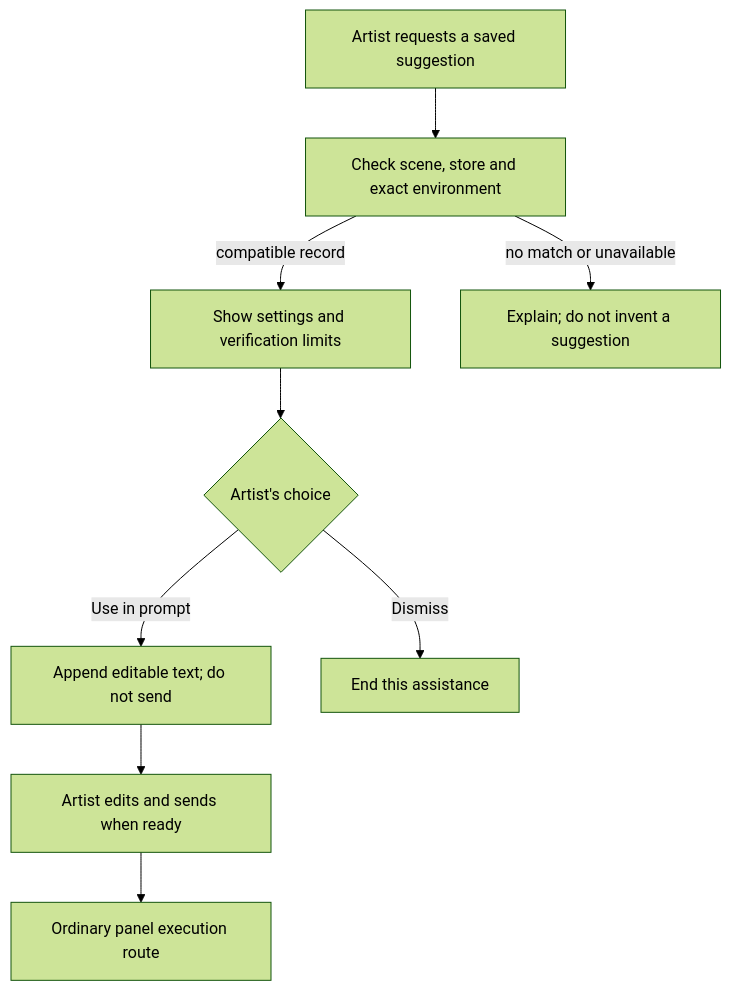
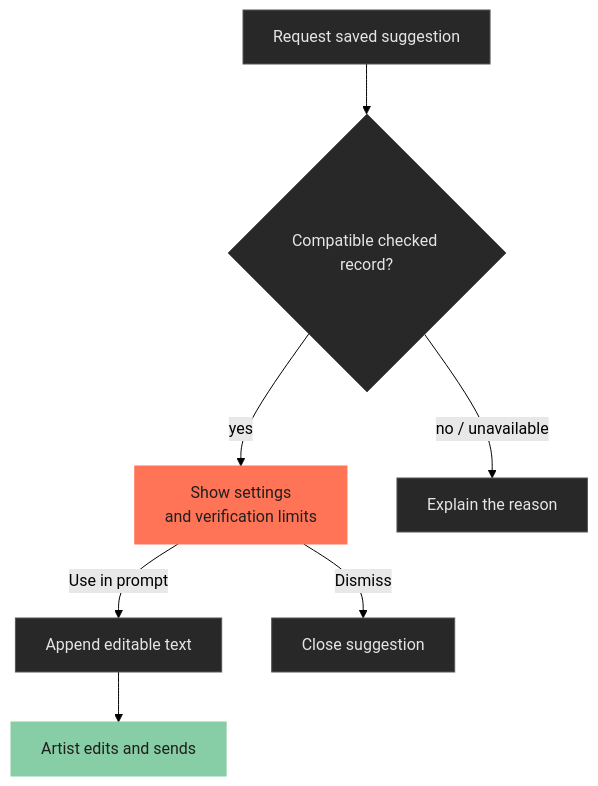
The seventh of 8 diagrams in docs/architecture/overview.md (JosephOIbrahim/Synapse), drawn with Mermaid (forest theme) before and after one commit. The commit also changed other lines of this file and 4 other files, not shown here.

Commit message:
docs: simplify README and refresh workflow diagrams

````diff
--- a/docs/architecture/overview.md
+++ b/docs/architecture/overview.md
@@ -196,11 +234,16 @@
 ```mermaid
 flowchart TD
-    A["Artist requests a saved suggestion"] --> B["Check scene, store and exact environment"]
-    B -->|"compatible record"| C["Show settings and verification limits"]
-    B -->|"no match or unavailable"| N["Explain; do not invent a suggestion"]
-    C --> D{"Artist's choice"}
-    D -->|"Use in prompt"| E["Append editable text; do not send"]
-    D -->|"Dismiss"| F["End this assistance"]
-    E --> G["Artist edits and sends when ready"]
-    G --> H["Ordinary panel execution route"]
+    accTitle: A checked lookdev suggestion becomes an editable draft
+    accDescr: A saved suggestion requires a matching scene, store and exact environment. A compatible record can be placed into a draft by the artist. Missing compatibility is reported without inventing a suggestion.
+    A["Request saved suggestion"] --> B{"Compatible checked record?"}
+    B -->|"yes"| C["Show settings<br/>and verification limits"]
+    B -->|"no / unavailable"| N["Explain the reason"]
+    C -->|"Use in prompt"| D["Append editable text"]
+    C -->|"Dismiss"| X["Close suggestion"]
+    D --> S["Artist edits and sends"]
+    classDef default fill:#282828,stroke:#555555,color:#E5E5E5
+    classDef synapse fill:#FF7457,stroke:#FF7457,color:#1F1F1F
+    classDef artist fill:#87CDA5,stroke:#87CDA5,color:#1F1F1F
+    class C synapse
+    class S artist
 ```
````
